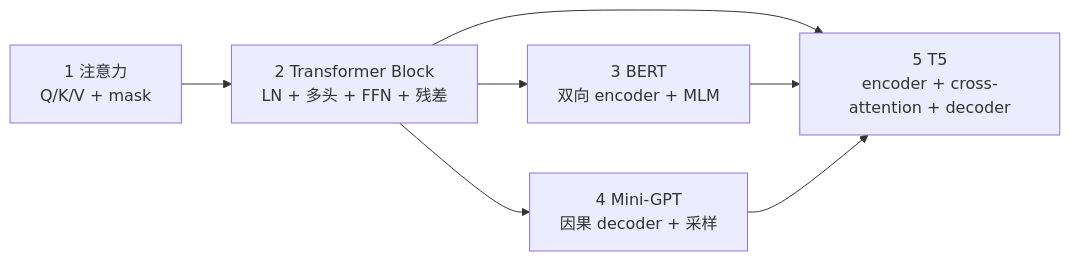
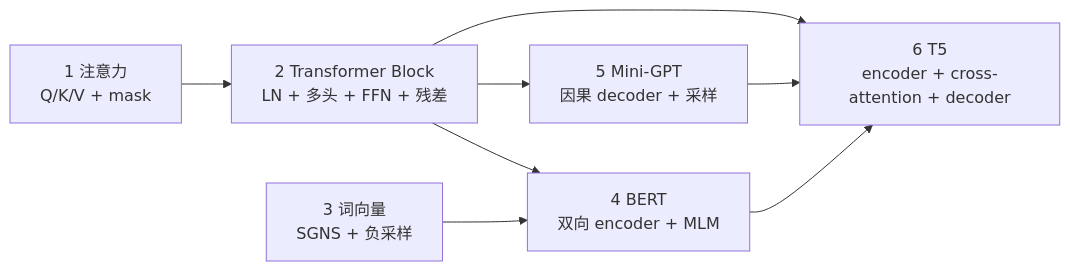
One commit to Mosslau/Mosaic changed the diagram in algorithms/p04-transformer/README.md. Above: the diagram before and after it, drawn with Mermaid. The commit also changed other lines of this file and 102 other files, not shown here.

````diff
--- a/algorithms/p04-transformer/README.md
+++ b/algorithms/p04-transformer/README.md
@@ -37,9 +38,10 @@
 ```mermaid
 flowchart LR
     A["1 注意力<br/>Q/K/V + mask"] --> B["2 Transformer Block<br/>LN + 多头 + FFN + 残差"]
-    B --> C["3 BERT<br/>双向 encoder + MLM"]
-    B --> D["4 Mini-GPT<br/>因果 decoder + 采样"]
-    B --> E["5 T5<br/>encoder + cross-attention + decoder"]
+    W["3 词向量<br/>SGNS + 负采样"] --> C["4 BERT<br/>双向 encoder + MLM"]
+    B --> C
+    B --> D["5 Mini-GPT<br/>因果 decoder + 采样"]
+    B --> E["6 T5<br/>encoder + cross-attention + decoder"]
     C --> E
     D --> E
 ```
````
